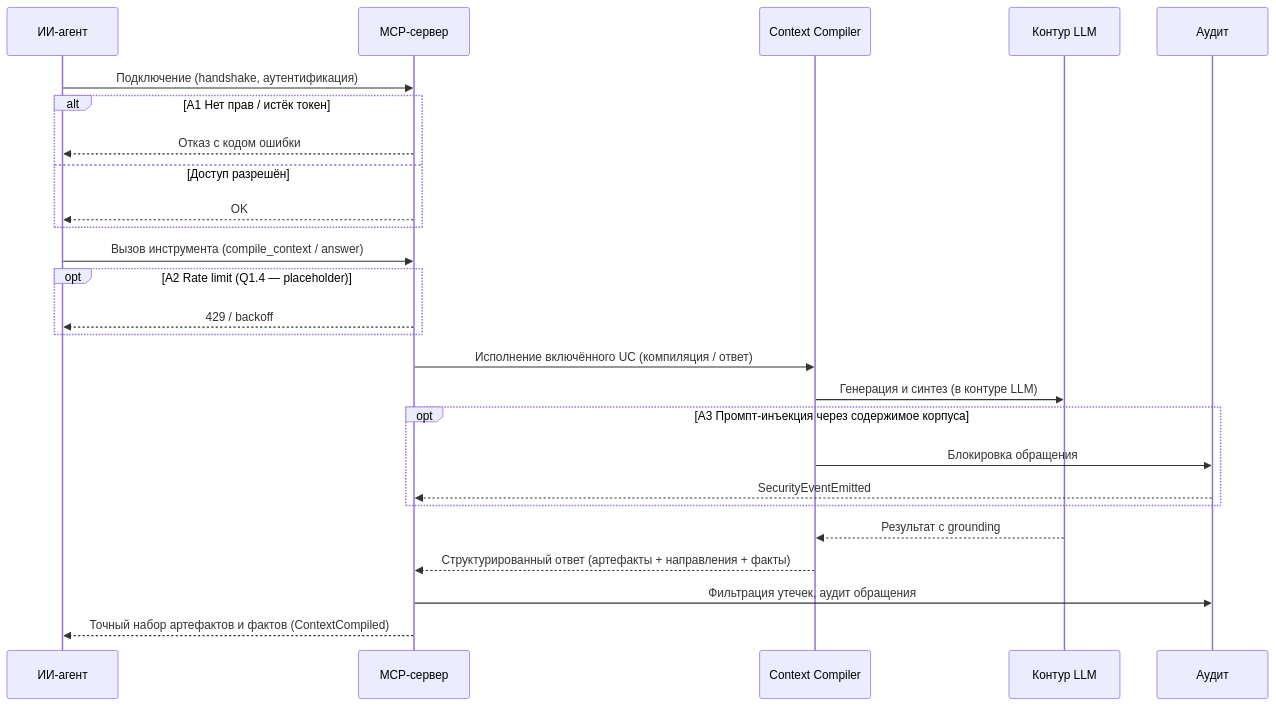
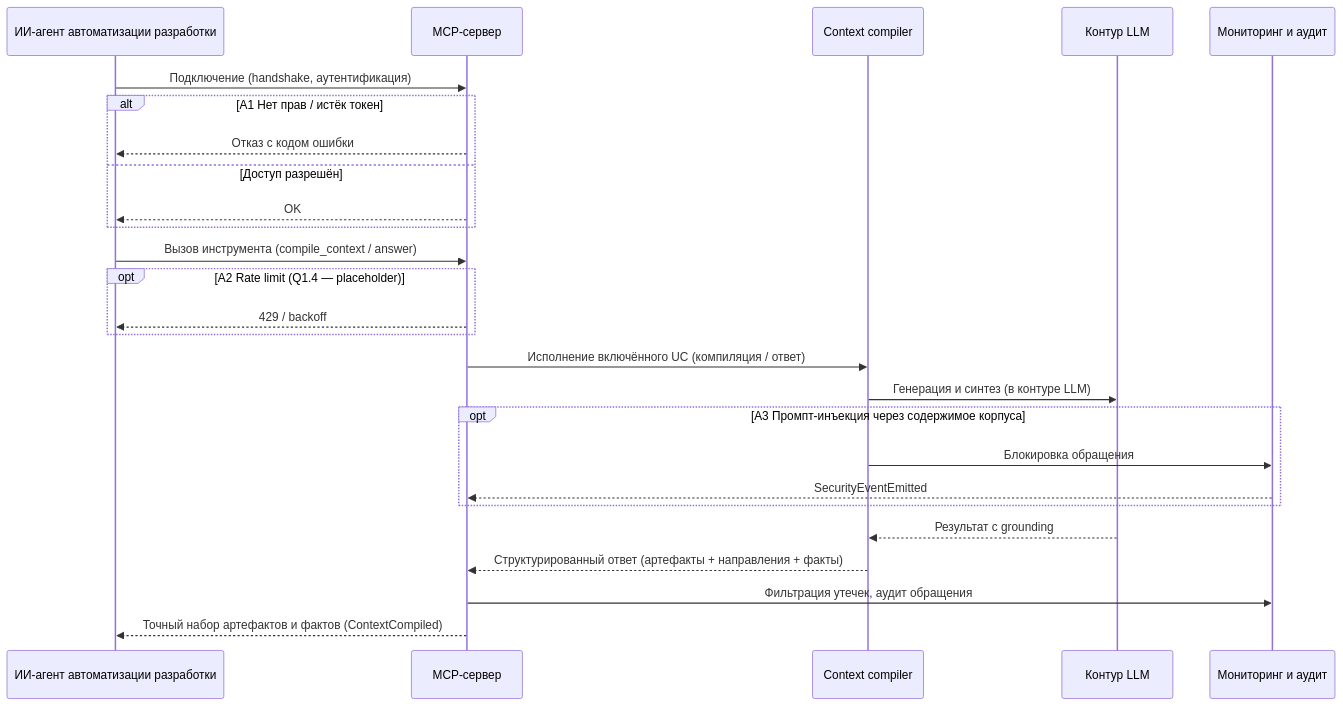
The diagram in specs/use-cases/UC-mcp.compile.context.md (n-marusov/graphrag), drawn with Mermaid before and after one commit. The commit also changed other lines of this file and 24 other files, not shown here.

````diff
--- a/specs/use-cases/UC-mcp.compile.context.md
+++ b/specs/use-cases/UC-mcp.compile.context.md
@@ -15,41 +15,41 @@
 ```mermaid
 sequenceDiagram
-    participant Agent as ИИ-агент
+    participant Agent as ИИ-агент автоматизации разработки
     participant MCP as MCP-сервер
-    participant CC as Context Compiler
+    participant CC as Context compiler
     participant LLM as Контур LLM
-    participant Audit as Аудит
+    participant Audit as Мониторинг и аудит
 
     %% --- 1. Подключение ---
     Agent->>MCP: Подключение (handshake, аутентификация)
     alt A1 Нет прав / истёк токен
         MCP-->>Agent: Отказ с кодом ошибки
     else Доступ разрешён
         MCP-->>Agent: OK
     end
 
     %% --- 2. Вызов инструмента ---
     Agent->>MCP: Вызов инструмента (compile_context / answer)
 
     opt A2 Rate limit (Q1.4 — placeholder)
         MCP-->>Agent: 429 / backoff
     end
 
     %% --- 3. Исполнение включённого UC ---
     MCP->>CC: Исполнение включённого UC (компиляция / ответ)
     CC->>LLM: Генерация и синтез (в контуре LLM)
 
     opt A3 Промпт-инъекция через содержимое корпуса
         CC->>Audit: Блокировка обращения
         Audit-->>MCP: SecurityEventEmitted
     end
 
     LLM-->>CC: Результат с grounding
 
     %% --- 4. Сериализация и аудит ---
     CC-->>MCP: Структурированный ответ (артефакты + направления + факты)
     MCP->>Audit: Фильтрация утечек, аудит обращения
 
     %% --- 5. Ответ агенту ---
     MCP-->>Agent: Точный набор артефактов и фактов (ContextCompiled)
 ```
````
